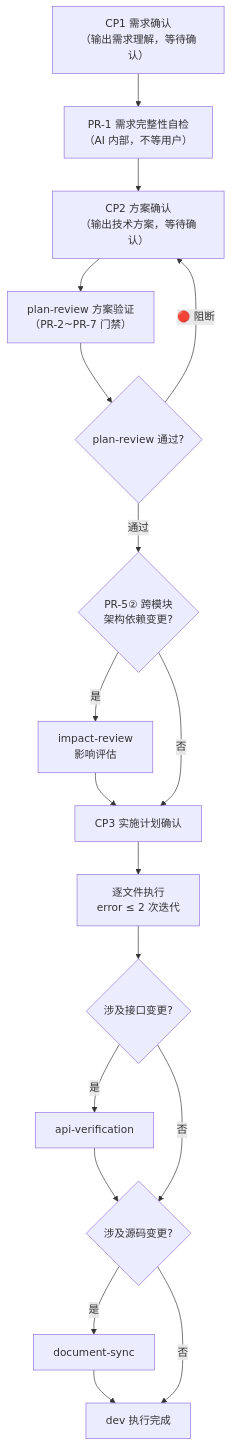
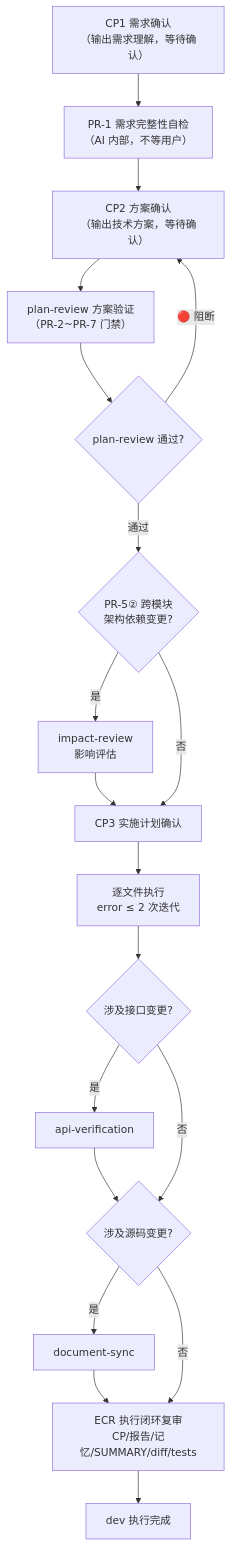
One commit to devcodex-labs/devcodex changed the second of 4 diagrams in website/docs/specs/workflow-execution-flow.md. Above: the diagram before and after it, drawn with Mermaid. The commit also changed other lines of this file and 36 other files, not shown here.

````diff
--- a/website/docs/specs/workflow-execution-flow.md
+++ b/website/docs/specs/workflow-execution-flow.md
@@ -40,28 +40,30 @@
 ```mermaid
 flowchart TD
     CP1["CP1 需求确认\n（输出需求理解，等待确认）"]
     PR1["PR-1 需求完整性自检\n（AI 内部，不等用户）"]
     CP2["CP2 方案确认\n（输出技术方案，等待确认）"]
     PR["plan-review 方案验证\n（PR-2~PR-7 门禁）"]
     PR_OK{"plan-review 通过?"}
     IR{"PR-5② 跨模块\n架构依赖变更?"}
     IMPACT["impact-review\n影响评估"]
     CP3["CP3 实施计划确认"]
     EXEC["逐文件执行\nerror ≤ 2 次迭代"]
     POST_API{"涉及接口变更?"}
     API_V["api-verification"]
     POST_DOC{"涉及源码变更?"}
     DOC_S["document-sync"]
+    ECR["ECR 执行闭环复审\nCP/报告/记忆/SUMMARY/diff/tests"]
     DONE["dev 执行完成"]
 
     CP1 --> PR1 --> CP2 --> PR --> PR_OK
     PR_OK -->|"🔴 阻断"| CP2
     PR_OK -->|"通过"| IR
     IR -->|"是"| IMPACT --> CP3
     IR -->|"否"| CP3
     CP3 --> EXEC --> POST_API
     POST_API -->|"是"| API_V --> POST_DOC
     POST_API -->|"否"| POST_DOC
-    POST_DOC -->|"是"| DOC_S --> DONE
-    POST_DOC -->|"否"| DONE
+    POST_DOC -->|"是"| DOC_S --> ECR
+    POST_DOC -->|"否"| ECR
+    ECR --> DONE
 ```
````
